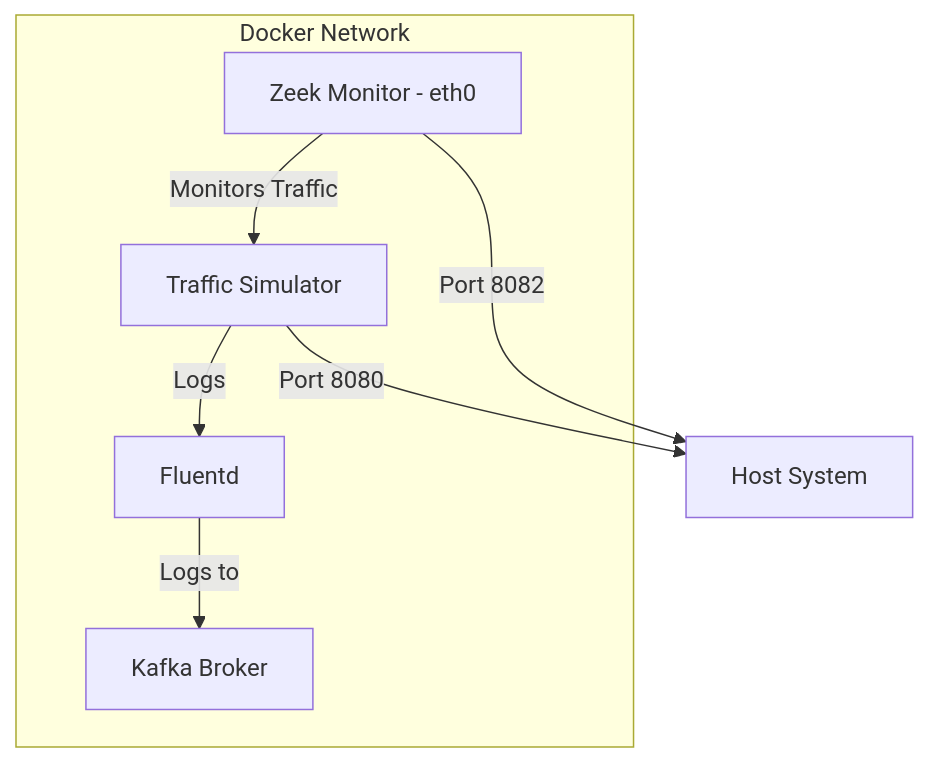
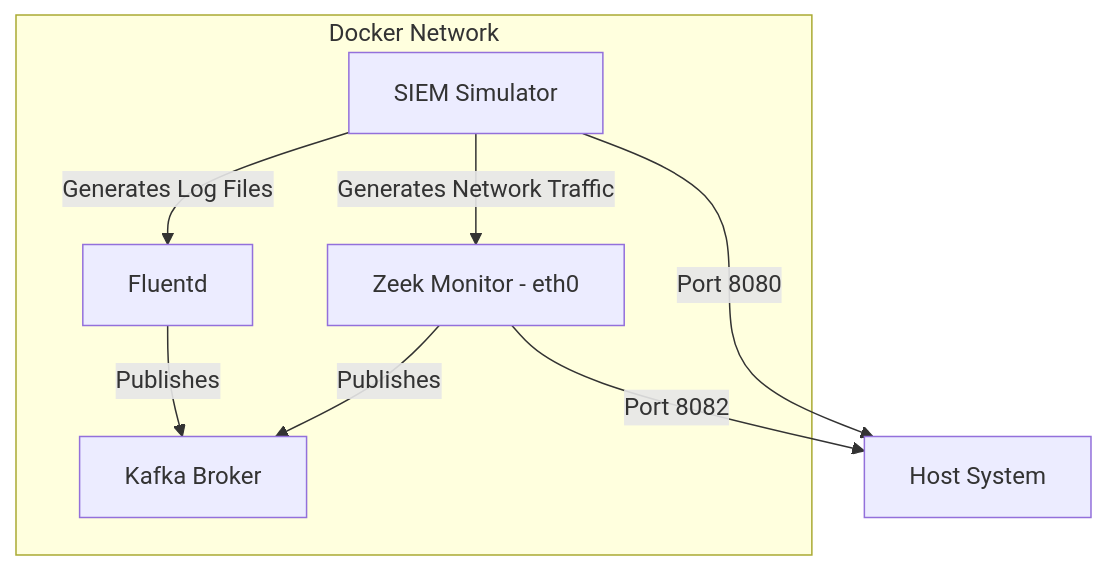
One commit to snowch/vastdata_siem_demo changed the diagram in README.md. Above: the diagram before and after it, drawn with Mermaid.

````diff
--- a/README.md
+++ b/README.md
@@ -13,16 +13,17 @@
 ```mermaid
 graph TD
     subgraph "Docker Network"
         Z[Zeek Monitor - eth0]
-        T[Traffic Simulator]
+        S[SIEM Simulator]
         F[Fluentd]
-        T -- Logs --> F
-        F -- Logs to --> K
-        Z -- Monitors Traffic --> T
+        S -- Generates Log Files --> F
+        F -- Publishes --> K
+        Z -- Publishes --> K
+        S -- Generates Network Traffic --> Z
     end
     H[Host System]
     K[Kafka Broker]
 
-    T -- Port 8080 --> H
+    S -- Port 8080 --> H
     Z -- Port 8082 --> H
 ```
````
